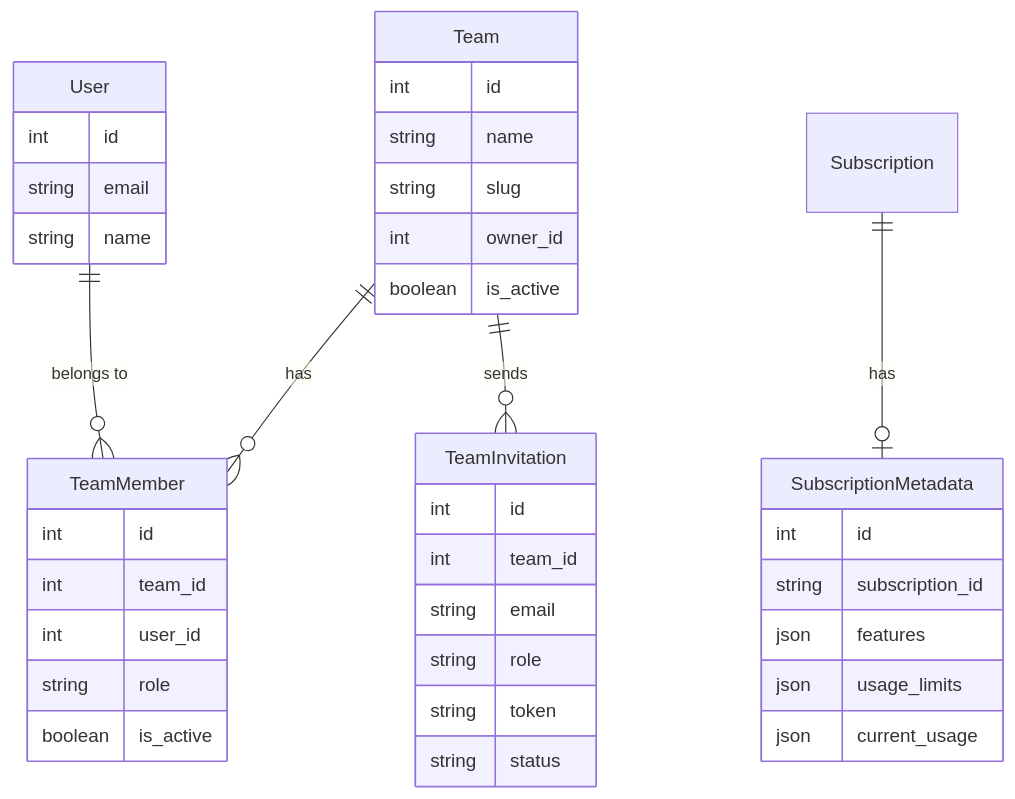
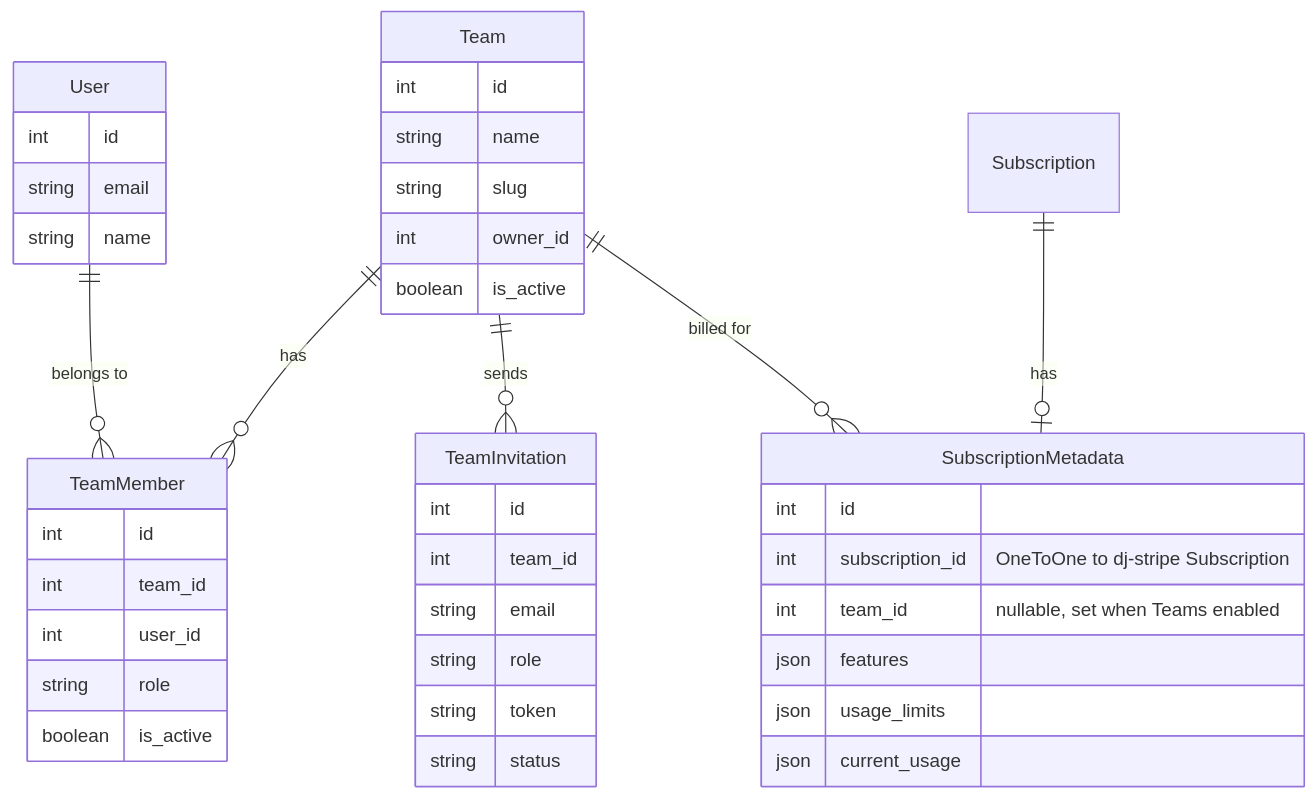
One commit to CuriousLearner/django-keel changed the first of 2 diagrams in docs/saas/overview.md. Above: the diagram before and after it, drawn with Mermaid. The commit also changed other lines of this file and 2 other files, not shown here.

Commit message:
docs: fix decorator examples, subscription ER diagram, and render env name

````diff
--- a/docs/saas/overview.md
+++ b/docs/saas/overview.md
@@ -147,46 +147,48 @@
 ```mermaid
 erDiagram
     User ||--o{ TeamMember : "belongs to"
     Team ||--o{ TeamMember : "has"
     Team ||--o{ TeamInvitation : "sends"
     Subscription ||--o| SubscriptionMetadata : "has"
+    Team ||--o{ SubscriptionMetadata : "billed for"
 
     User {
         int id
         string email
         string name
     }
 
     Team {
         int id
         string name
         string slug
         int owner_id
         boolean is_active
     }
 
     TeamMember {
         int id
         int team_id
         int user_id
         string role
         boolean is_active
     }
 
     TeamInvitation {
         int id
         int team_id
         string email
         string role
         string token
         string status
     }
 
     SubscriptionMetadata {
         int id
-        string subscription_id
+        int subscription_id "OneToOne to dj-stripe Subscription"
+        int team_id "nullable, set when Teams enabled"
         json features
         json usage_limits
         json current_usage
     }
 ```
````
